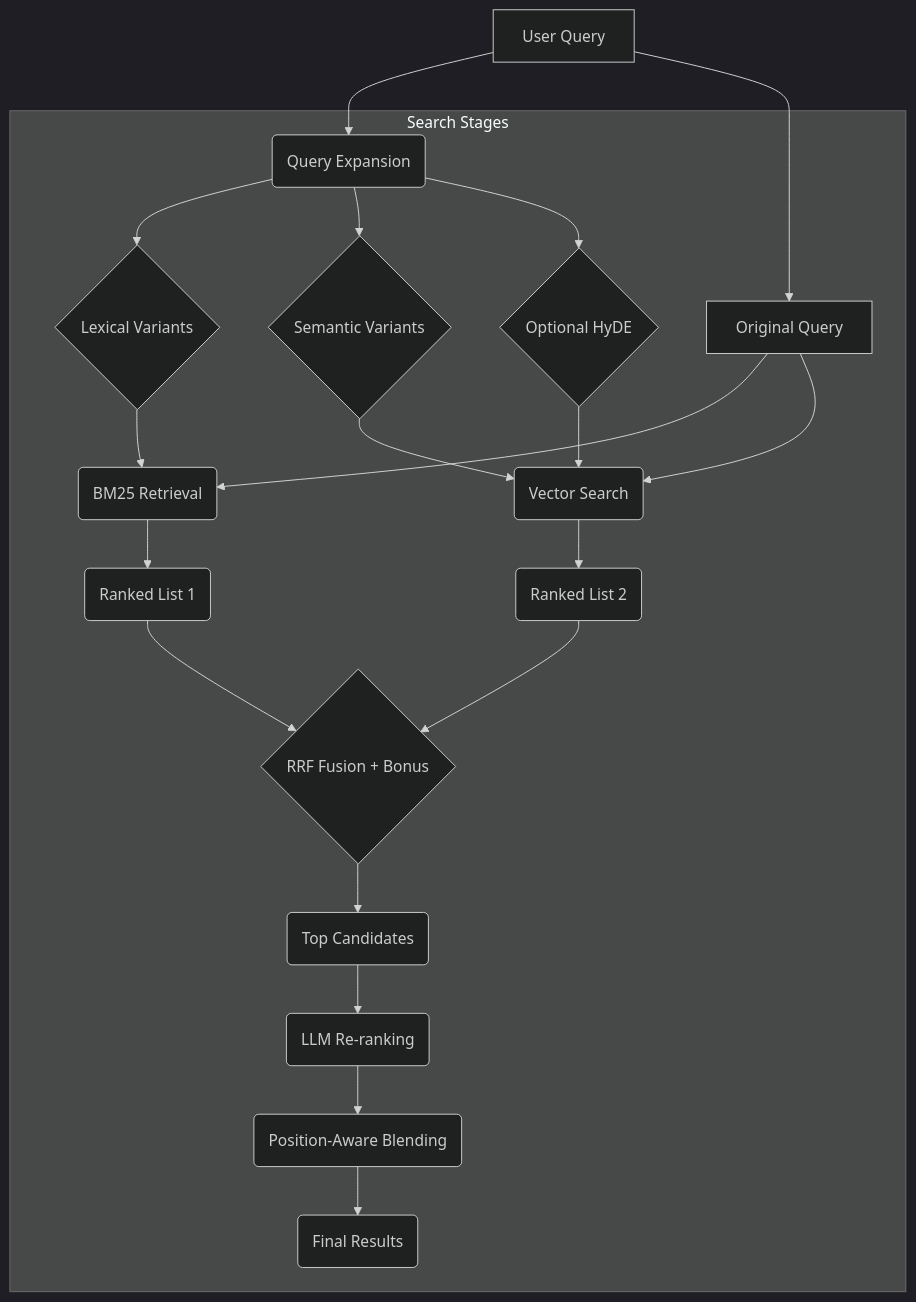
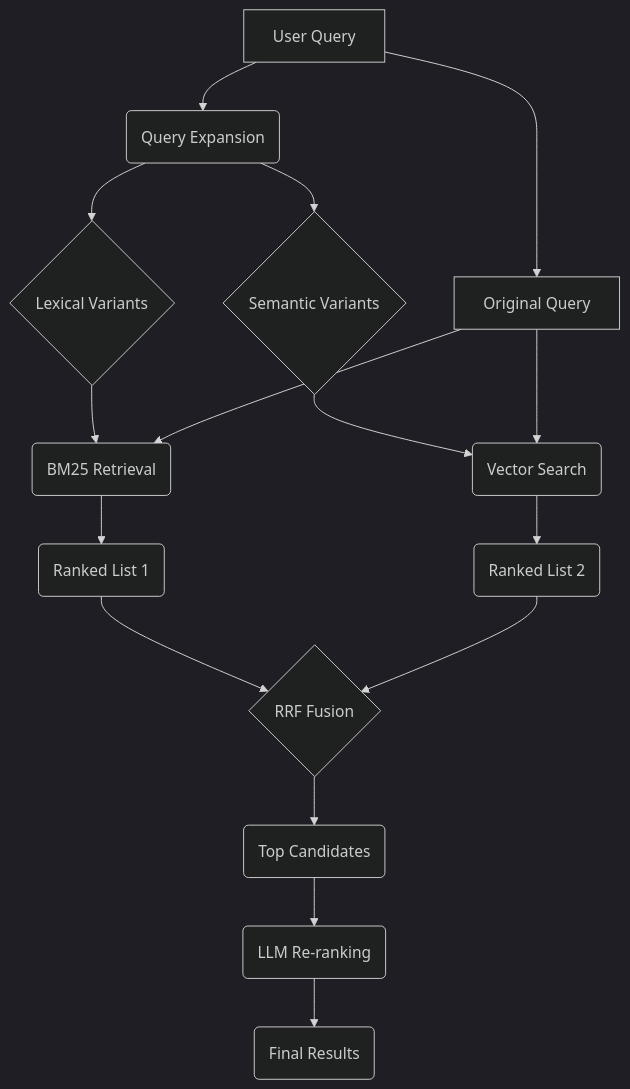
One commit to Whamp/gno changed the diagram in README.md. Above: the diagram before and after it, drawn with Mermaid (dark theme). The commit also changed other lines of this file, not shown here.

````diff
--- a/README.md
+++ b/README.md
@@ -138,28 +107,21 @@
 ```mermaid
 graph TD
-    A[User Query] --> B(Query Expansion);
-    B --> C{Lexical Variants};
-    B --> D{Semantic Variants};
-    B --> E{Optional HyDE};
-    A --> F[Original Query];
+    A[User Query] --> B(Query Expansion)
+    B --> C{Lexical Variants}
+    B --> D{Semantic Variants}
+    A --> F[Original Query]
 
-    C --> G(BM25 Retrieval);
-    D --> H(Vector Search);
-    E --> H;
-    F --> G;
-    F --> H;
+    C --> G(BM25 Retrieval)
+    D --> H(Vector Search)
+    F --> G
+    F --> H
 
-    G --> I(Ranked List 1);
-    H --> J(Ranked List 2);
-    I --> K{RRF Fusion + Bonus};
-    J --> K;
+    G --> I(Ranked List 1)
+    H --> J(Ranked List 2)
+    I --> K{RRF Fusion}
+    J --> K
 
-    K --> L(Top Candidates);
-    L --> M(LLM Re-ranking);
-    M --> N(Position-Aware Blending);
-    N --> O(Final Results);
-
-    subgraph "Search Stages"
-        B; C; D; E; F; G; H; I; J; K; L; M; N; O;
-    end
+    K --> L(Top Candidates)
+    L --> M(LLM Re-ranking)
+    M --> N(Final Results)
 ```
````
